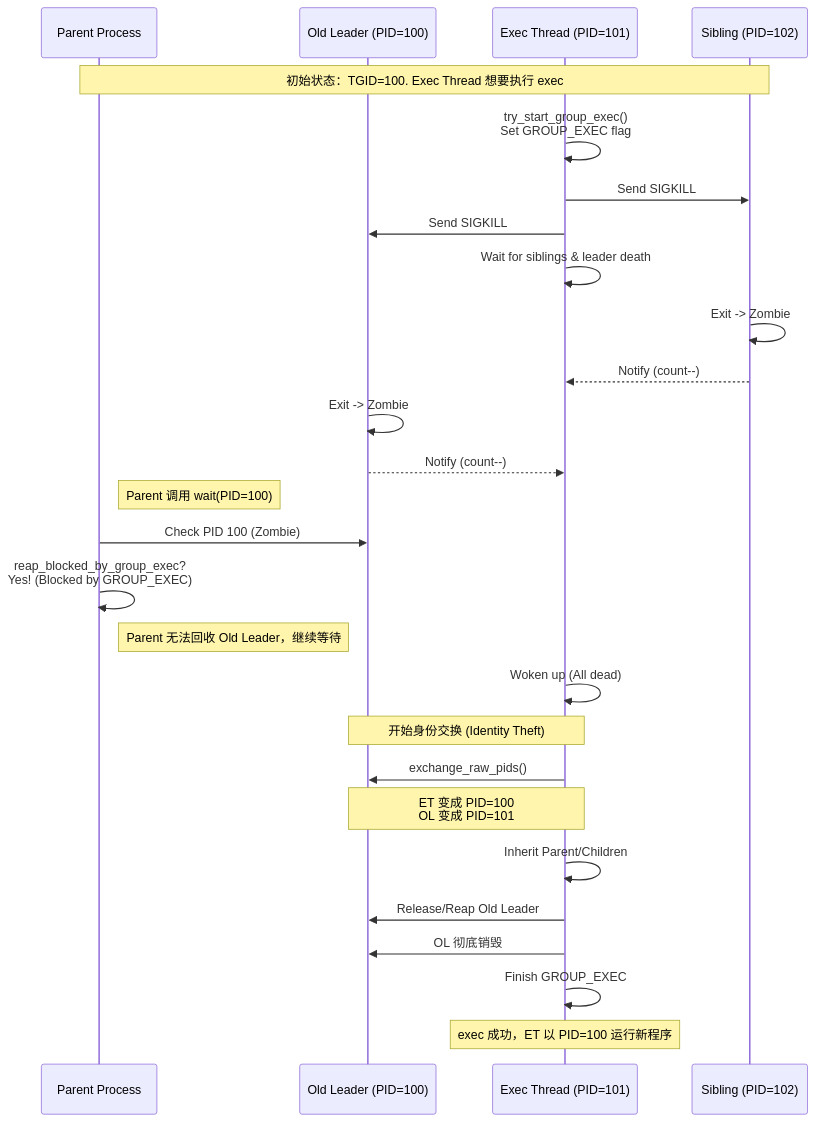
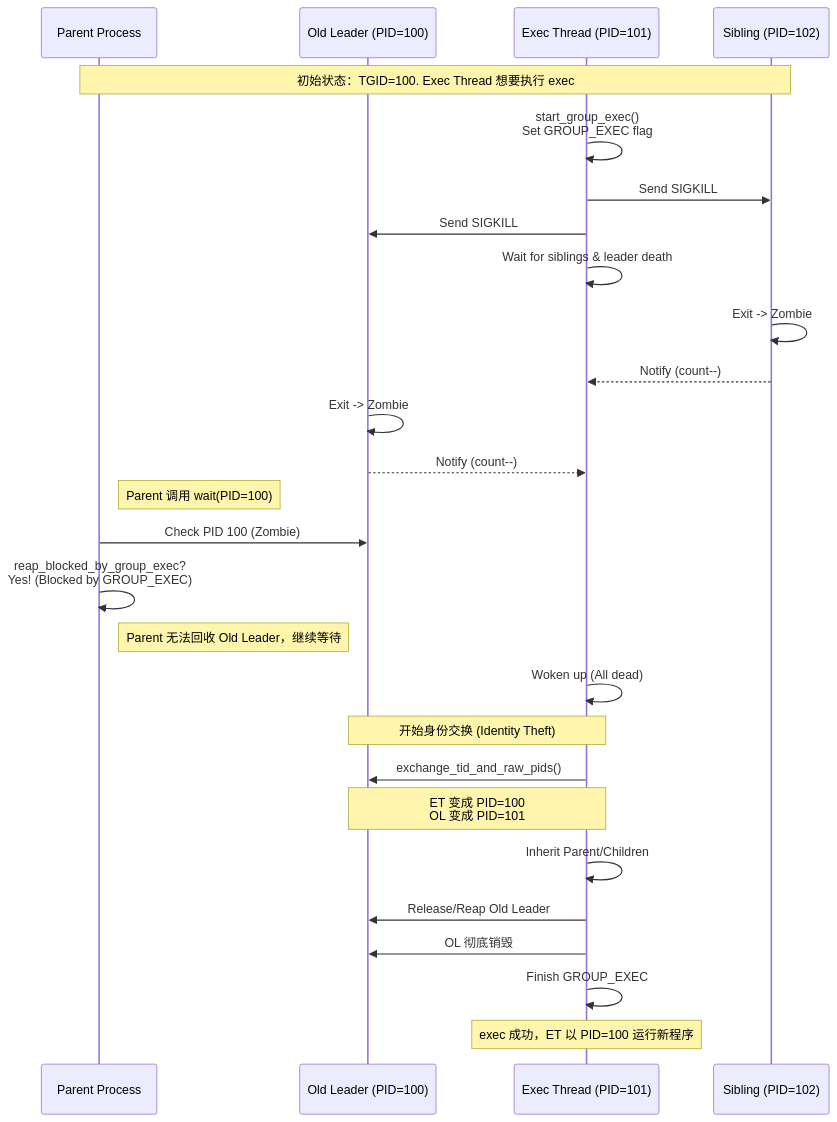
Before and after one commit to DragonOS-Community/DragonOS: the diagram in docs/kernel/process_management/de_thread.md, drawn with Mermaid. The commit also changed other lines of this file and 4 other files, not shown here.

````diff
--- a/docs/kernel/process_management/de_thread.md
+++ b/docs/kernel/process_management/de_thread.md
@@ -106,39 +113,39 @@
 ```mermaid
 sequenceDiagram
     participant P as Parent Process
     participant OL as Old Leader (PID=100)
     participant ET as Exec Thread (PID=101)
     participant S as Sibling (PID=102)
 
     Note over P, S: 初始状态：TGID=100. Exec Thread 想要执行 exec
 
-    ET->>ET: try_start_group_exec()<br/>Set GROUP_EXEC flag
+    ET->>ET: start_group_exec()<br/>Set GROUP_EXEC flag
     ET->>S: Send SIGKILL
     ET->>OL: Send SIGKILL
     ET->>ET: Wait for siblings & leader death
 
     S->>S: Exit -> Zombie
     S-->>ET: Notify (count--)
     
     OL->>OL: Exit -> Zombie
     OL-->>ET: Notify (count--)
 
     Note right of P: Parent 调用 wait(PID=100)
     P->>OL: Check PID 100 (Zombie)
     P->>P: reap_blocked_by_group_exec?<br/>Yes! (Blocked by GROUP_EXEC)
     Note right of P: Parent 无法回收 Old Leader，继续等待
 
     ET->>ET: Woken up (All dead)
     
     Note over ET, OL: 开始身份交换 (Identity Theft)
-    ET->>OL: exchange_raw_pids()
+    ET->>OL: exchange_tid_and_raw_pids()
     Note over ET, OL: ET 变成 PID=100<br/>OL 变成 PID=101
 
     ET->>ET: Inherit Parent/Children
     ET->>OL: Release/Reap Old Leader
     ET->>OL: OL 彻底销毁
 
     ET->>ET: Finish GROUP_EXEC
 
     Note over ET: exec 成功，ET 以 PID=100 运行新程序
 ```
````
